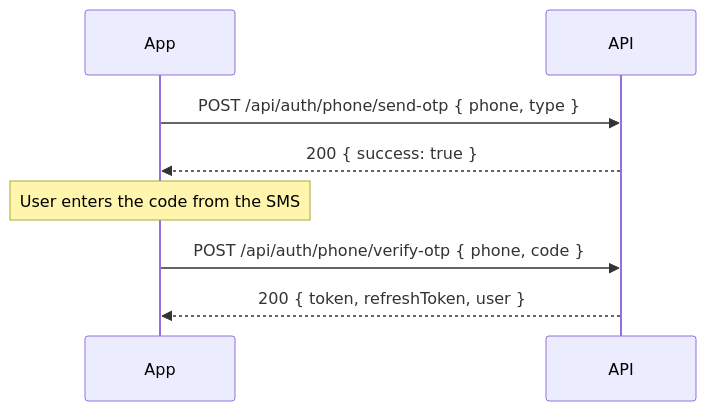
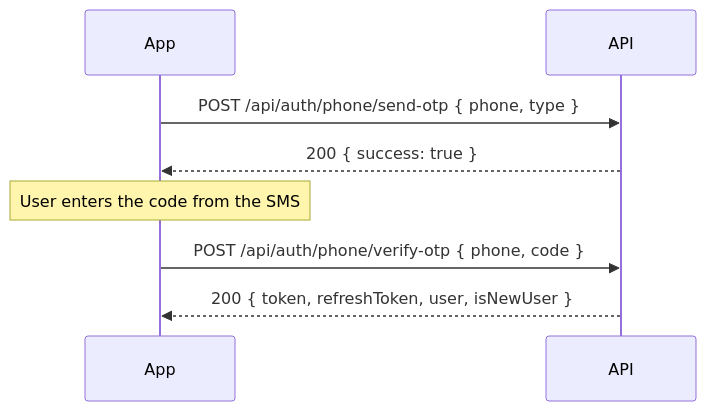
Before and after one commit to vomatt/vomatt-api: the second of 5 diagrams in docs/frontend/auth-flow.md, drawn with Mermaid. The commit also changed other lines of this file and 13 other files, not shown here.

````diff
--- a/docs/frontend/auth-flow.md
+++ b/docs/frontend/auth-flow.md
@@ -54,10 +54,10 @@
 ```mermaid
 sequenceDiagram
     participant App
     participant API
     App->>API: POST /api/auth/phone/send-otp { phone, type }
     API-->>App: 200 { success: true }
     Note over App: User enters the code from the SMS
     App->>API: POST /api/auth/phone/verify-otp { phone, code }
-    API-->>App: 200 { token, refreshToken, user }
+    API-->>App: 200 { token, refreshToken, user, isNewUser }
 ```
````
